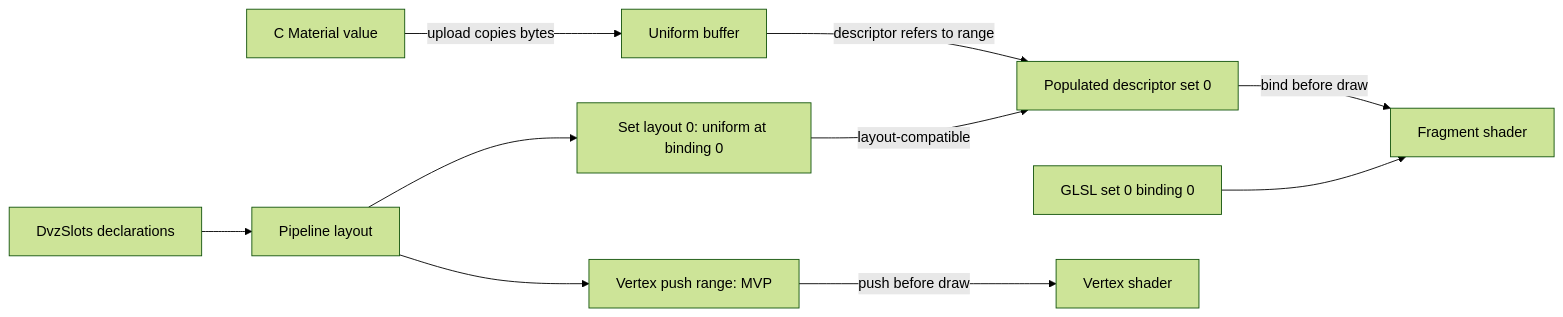
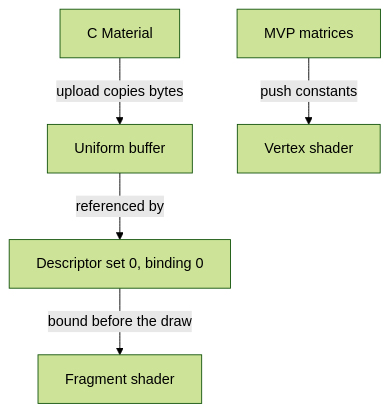
The diagram in docs/gpu-graphics/12-uniform-buffers.md (datoviz/datoviz), drawn with Mermaid (forest theme) before and after one commit. The commit also changed 4 other files, not shown here.

Commit message:
Render Vulkan course diagrams with Mermaid

````diff
--- a/docs/gpu-graphics/12-uniform-buffers.md
+++ b/docs/gpu-graphics/12-uniform-buffers.md
@@ -23,12 +23,7 @@
 ```mermaid
-flowchart LR
-    A[C Material value] -->|upload copies bytes| B[Uniform buffer]
-    C[DvzSlots declarations] --> D[Pipeline layout]
-    D --> E[Set layout 0: uniform at binding 0]
-    D --> F[Vertex push range: MVP]
-    E -->|layout-compatible| G[Populated descriptor set 0]
-    B -->|descriptor refers to range| G
-    G -->|bind before draw| H[Fragment shader]
-    I[GLSL set 0 binding 0] --> H
-    F -->|push before draw| J[Vertex shader]
+flowchart TD
+    M[C Material] -->|upload copies bytes| U[Uniform buffer]
+    U -->|referenced by| S[Descriptor set 0, binding 0]
+    S -->|bound before the draw| F[Fragment shader]
+    P[MVP matrices] -->|push constants| V[Vertex shader]
 ```
````
